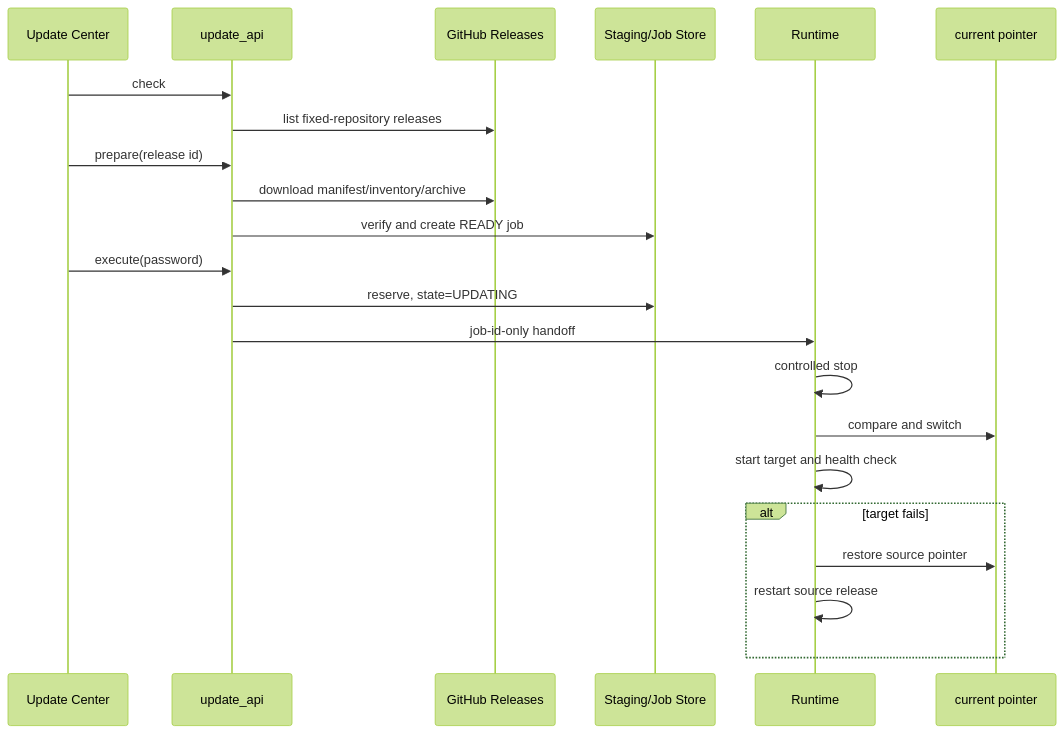
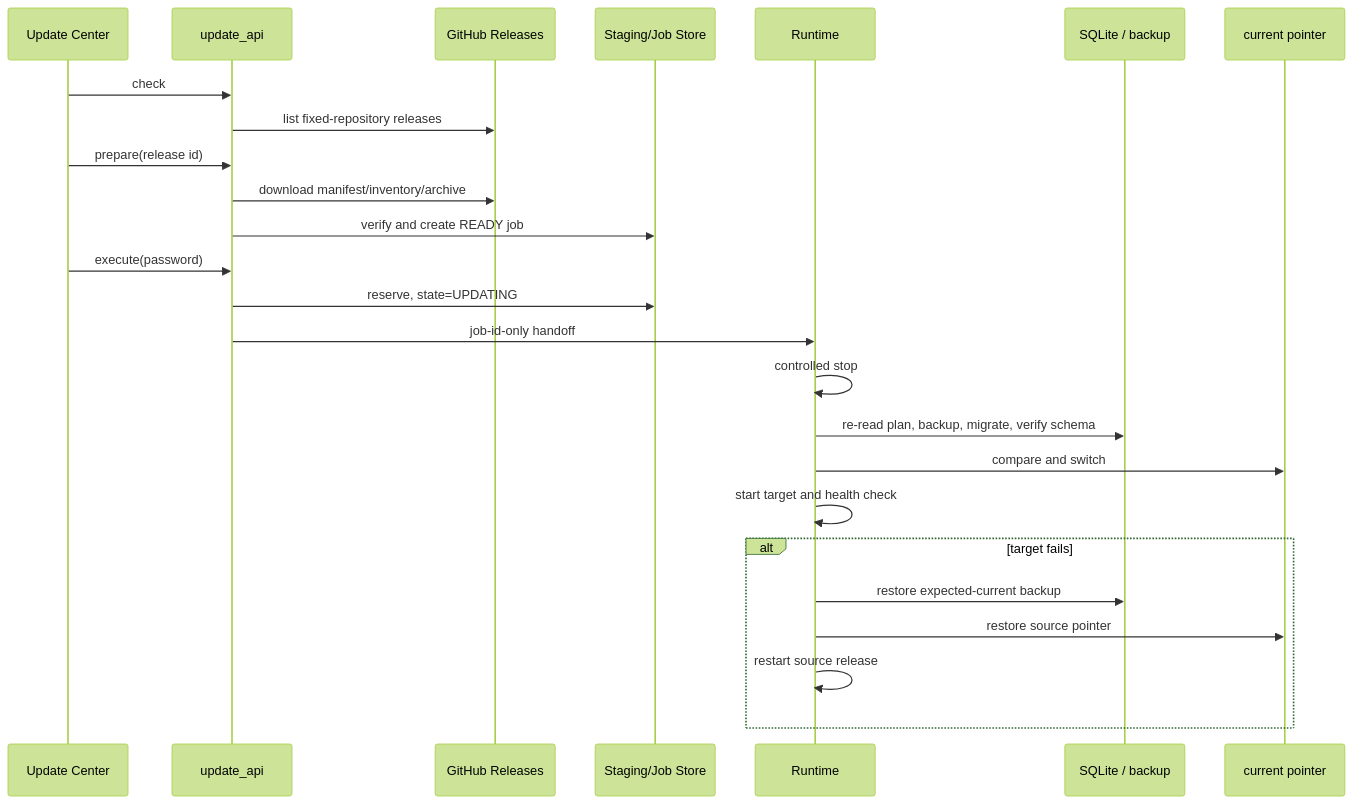
The second of 2 diagrams in docs/code-wiki/06-runtime-install-release-update.md (MEIS-DaCaiTou/Infinite-Canvas-Enterprise), drawn with Mermaid (forest theme) before and after one commit. The commit also changed other lines of this file and 5 other files, not shown here.

````diff
--- a/docs/code-wiki/06-runtime-install-release-update.md
+++ b/docs/code-wiki/06-runtime-install-release-update.md
@@ -110,25 +110,28 @@
 ```mermaid
 sequenceDiagram
     participant UI as Update Center
     participant API as update_api
     participant GH as GitHub Releases
     participant ST as Staging/Job Store
     participant RT as Runtime
+    participant DB as SQLite / backup
     participant PTR as current pointer
 
     UI->>API: check
     API->>GH: list fixed-repository releases
     UI->>API: prepare(release id)
     API->>GH: download manifest/inventory/archive
     API->>ST: verify and create READY job
     UI->>API: execute(password)
     API->>ST: reserve, state=UPDATING
     API->>RT: job-id-only handoff
     RT->>RT: controlled stop
+    RT->>DB: re-read plan, backup, migrate, verify schema
     RT->>PTR: compare and switch
     RT->>RT: start target and health check
     alt target fails
+        RT->>DB: restore expected-current backup
         RT->>PTR: restore source pointer
         RT->>RT: restart source release
     end
 ```
````
